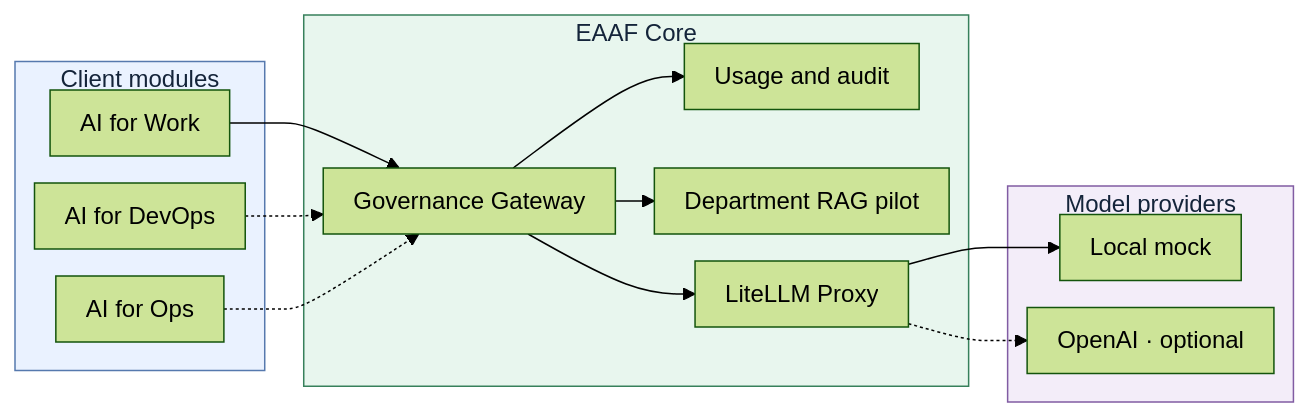
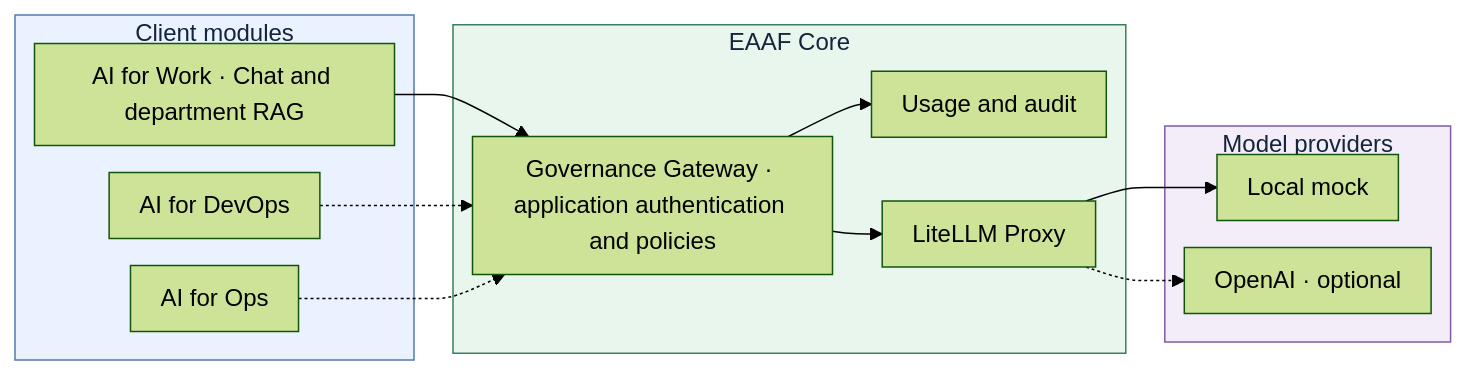
Before and after one commit to tandrian06/eaaf: the diagram in README.md, drawn with Mermaid (forest theme). The commit also changed other lines of this file and 16 other files, not shown here.

Commit message:
Move department RAG out of Core

````diff
--- a/README.md
+++ b/README.md
@@ -19,40 +19,38 @@
 ```mermaid
 ---
 config:
   flowchart:
     nodeSpacing: 18
     rankSpacing: 26
     padding: 10
 ---
 flowchart LR
     subgraph Clients["Client modules"]
-        Work["AI for Work"]
+        Work["AI for Work · Chat and department RAG"]
         DevOps["AI for DevOps"]
         Ops["AI for Ops"]
     end
 
     subgraph Core["EAAF Core"]
-        Gateway["Governance Gateway"]
+        Gateway["Governance Gateway · application authentication and policies"]
         Audit["Usage and audit"]
-        Retrieval["Department RAG pilot"]
         Router["LiteLLM Proxy"]
         Gateway --> Audit
-        Gateway --> Retrieval
         Gateway --> Router
     end
 
     subgraph Providers["Model providers"]
         Mock["Local mock"]
         OpenAI["OpenAI · optional"]
     end
 
     Work --> Gateway
     DevOps -.-> Gateway
     Ops -.-> Gateway
     Router --> Mock
     Router -.-> OpenAI
 
     style Clients fill:#eaf2ff,stroke:#5679ae,color:#14243a
     style Core fill:#e8f6ee,stroke:#37805b,color:#14243a
     style Providers fill:#f3edf9,stroke:#815ca3,color:#14243a
 ```
````
